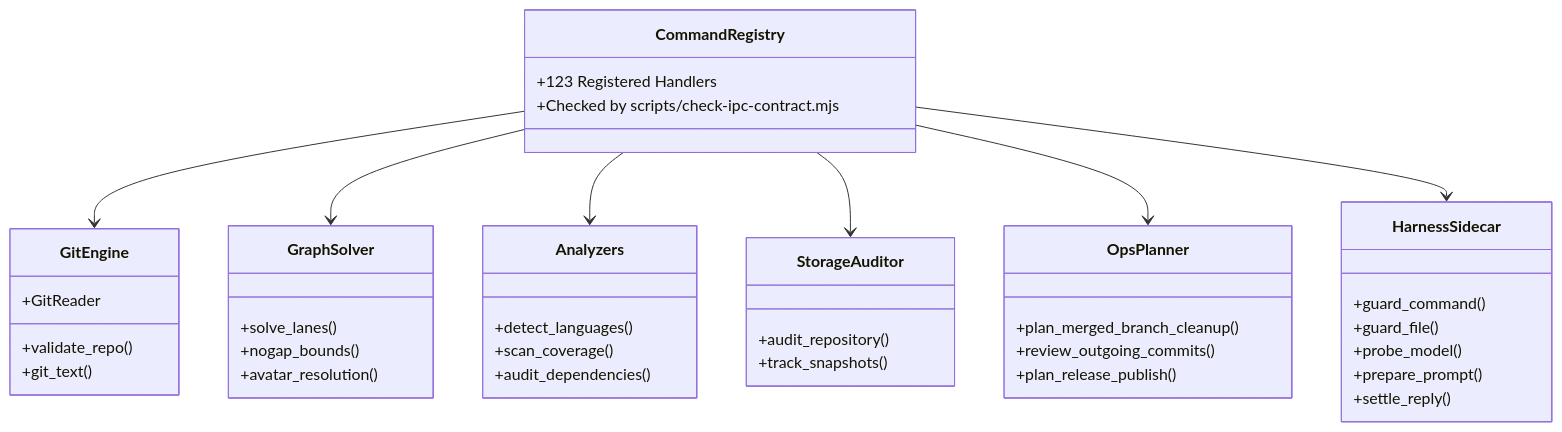
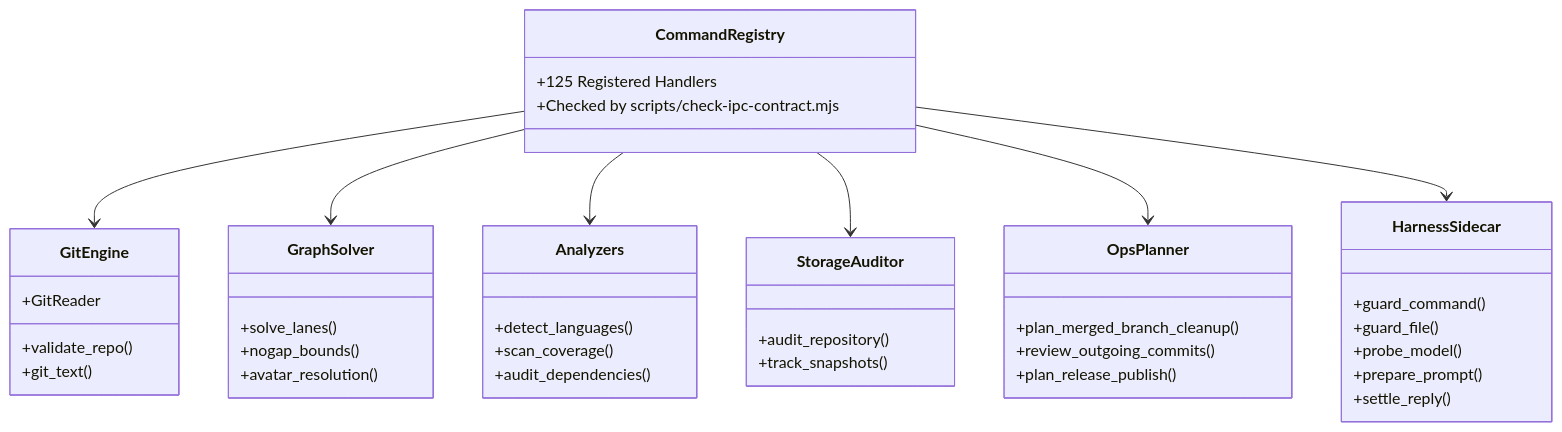
Before and after one commit to bharathvbcr/GitPulse: the third of 4 diagrams in docs/ARCHITECTURE.md, drawn with Mermaid. The commit also changed other lines of this file and 21 other files, not shown here.

````diff
--- a/docs/ARCHITECTURE.md
+++ b/docs/ARCHITECTURE.md
@@ -96,45 +96,45 @@
 ```mermaid
 classDiagram
     class CommandRegistry {
-        +123 Registered Handlers
+        +125 Registered Handlers
         +Checked by scripts/check-ipc-contract.mjs
     }
     class GitEngine {
         +validate_repo()
         +git_text()
         +GitReader
     }
     class GraphSolver {
         +solve_lanes()
         +nogap_bounds()
         +avatar_resolution()
     }
     class Analyzers {
         +detect_languages()
         +scan_coverage()
         +audit_dependencies()
     }
     class StorageAuditor {
         +audit_repository()
         +track_snapshots()
     }
     class OpsPlanner {
         +plan_merged_branch_cleanup()
         +review_outgoing_commits()
         +plan_release_publish()
     }
     class HarnessSidecar {
         +guard_command()
         +guard_file()
         +probe_model()
         +prepare_prompt()
         +settle_reply()
     }
 
     CommandRegistry --> GitEngine
     CommandRegistry --> GraphSolver
     CommandRegistry --> Analyzers
     CommandRegistry --> StorageAuditor
     CommandRegistry --> OpsPlanner
     CommandRegistry --> HarnessSidecar
 ```
````
